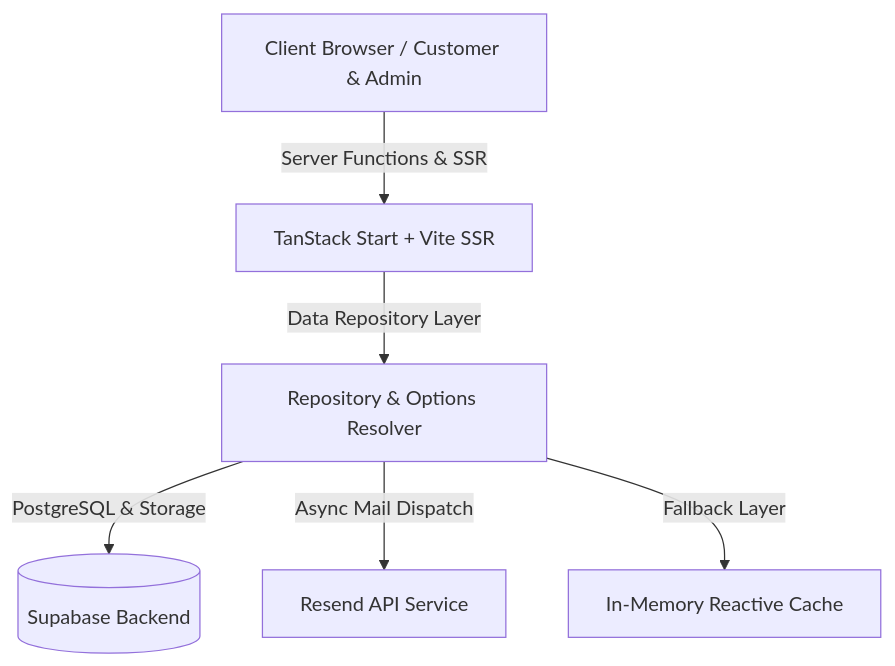
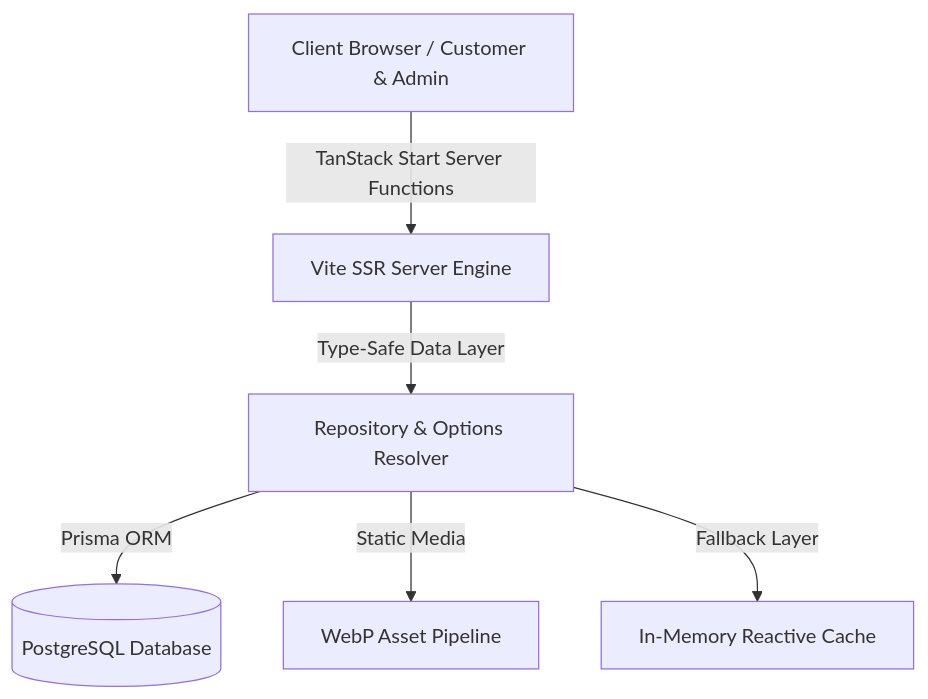
The diagram in README.md (ebrahimelkordy/mashtool), drawn with Mermaid before and after one commit. The commit also changed other lines of this file and 3 other files, not shown here.

````diff
--- a/README.md
+++ b/README.md
@@ -48,8 +51,8 @@
 ```mermaid
 graph TD
-    User[Client Browser / Customer & Admin] -->|Server Functions & SSR| TanStack[TanStack Start + Vite SSR]
-    TanStack -->|Data Repository Layer| Repo[Repository & Options Resolver]
-    Repo -->|PostgreSQL & Storage| Supabase[(Supabase Backend)]
-    Repo -->|Async Mail Dispatch| Resend[Resend API Service]
+    Client[Client Browser / Customer & Admin] -->|TanStack Start Server Functions| SSR[Vite SSR Server Engine]
+    SSR -->|Type-Safe Data Layer| Repo[Repository & Options Resolver]
+    Repo -->|Prisma ORM| DB[(PostgreSQL Database)]
+    Repo -->|Static Media| Assets[WebP Asset Pipeline]
     Repo -->|Fallback Layer| MemStore[In-Memory Reactive Cache]
 ```
````
